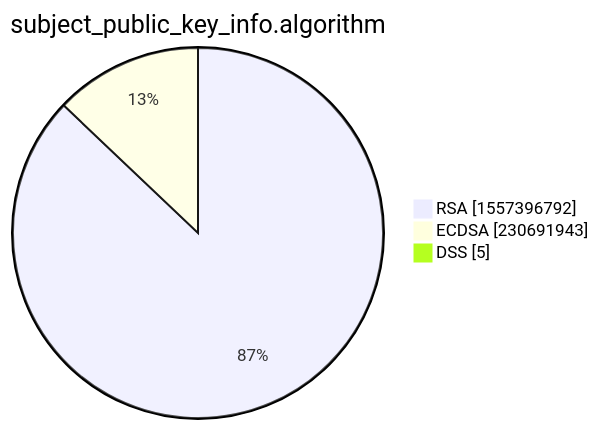
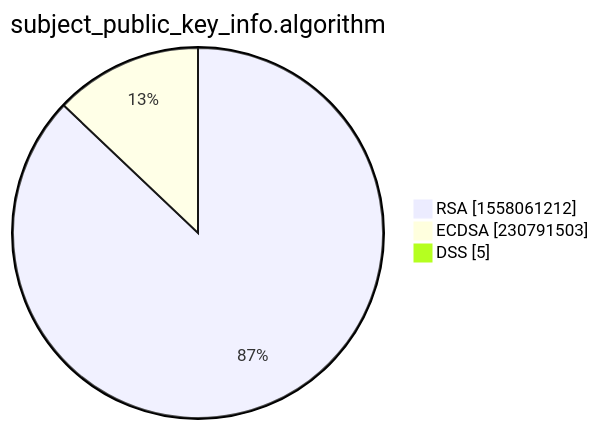
The third of 15 diagrams in xenon2022/README.md (christiankrug/ctmonitor_visualization), drawn with Mermaid before and after one commit. The commit also changed other lines of this file, not shown here.

````diff
--- a/xenon2022/README.md
+++ b/xenon2022/README.md
@@ -14,7 +14,7 @@
 ```mermaid
 pie showData
 title subject_public_key_info.algorithm
-"RSA" :1557396792
-"ECDSA" :230691943
+"RSA" :1558061212
+"ECDSA" :230791503
 "DSS" :5
 ```
````
